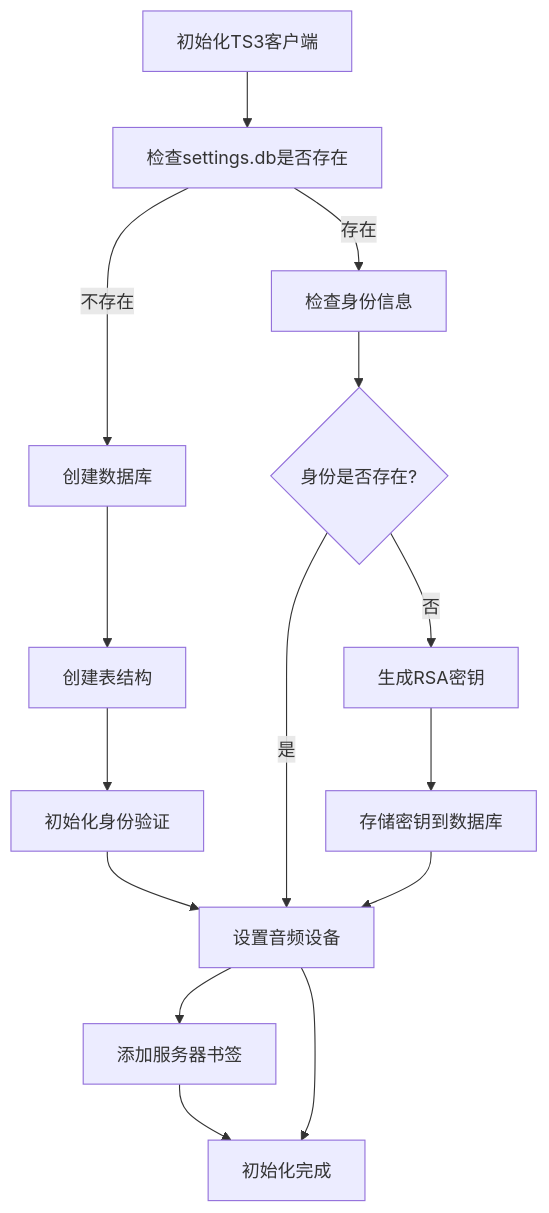
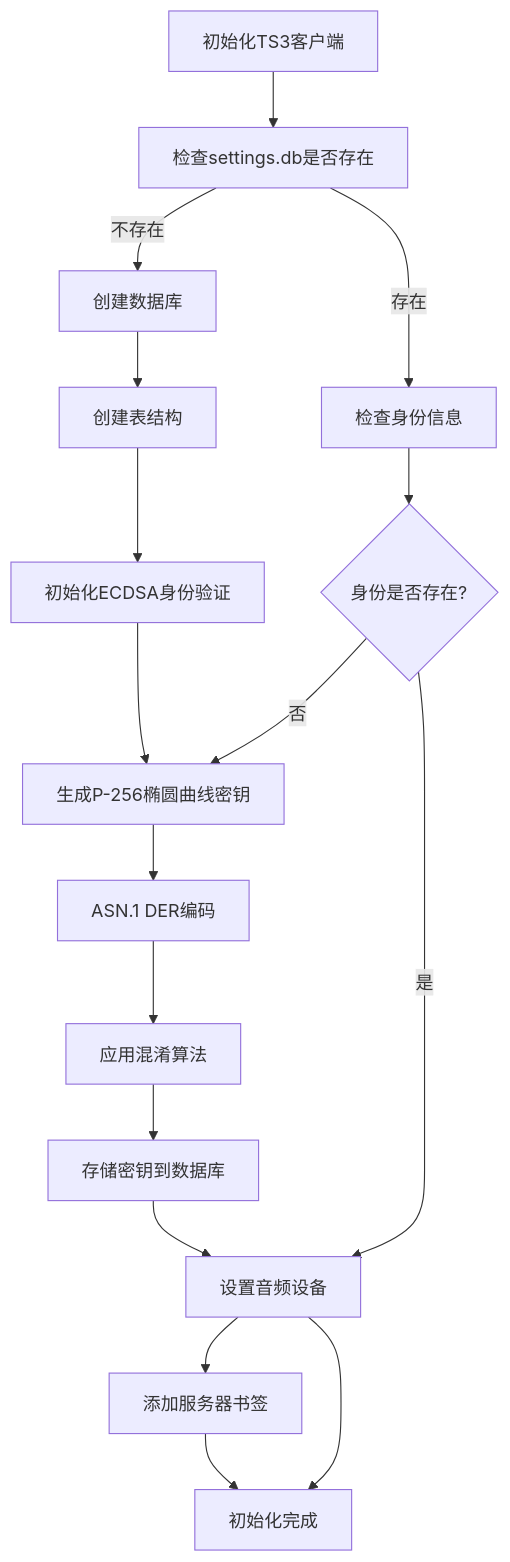
The tenth of 11 diagrams in .qoder/repowiki/zh/content/音乐播放系统/音乐播放系统.md (GhoulOwl/Teamspeak3_Bot), drawn with Mermaid before and after one commit. The commit also changed other lines of this file and 7 other files, not shown here.

````diff
--- a/.qoder/repowiki/zh/content/音乐播放系统/音乐播放系统.md
+++ b/.qoder/repowiki/zh/content/音乐播放系统/音乐播放系统.md
@@ -521,17 +534,19 @@
 ```mermaid
 flowchart TD
 InitStart["初始化TS3客户端"] --> CheckDB["检查settings.db是否存在"]
 CheckDB --> |存在| CheckIdentity["检查身份信息"]
 CheckDB --> |不存在| CreateDB["创建数据库"]
 CreateDB --> CreateTables["创建表结构"]
-CreateTables --> InitIdentity["初始化身份验证"]
-InitIdentity --> SetAudioCfg["设置音频设备"]
+CreateTables --> InitIdentity["初始化ECDSA身份验证"]
+InitIdentity --> GenECDSA["生成P-256椭圆曲线密钥"]
+GenECDSA --> DEREncode["ASN.1 DER编码"]
+DEREncode --> Obfuscate["应用混淆算法"]
+Obfuscate --> StoreKey["存储密钥到数据库"]
+StoreKey --> SetAudioCfg["设置音频设备"]
 SetAudioCfg --> AddBookmark["添加服务器书签"]
 AddBookmark --> Complete["初始化完成"]
 CheckIdentity --> IdentityExists{"身份是否存在?"}
 IdentityExists --> |是| SetAudioCfg
-IdentityExists --> |否| GenKey["生成RSA密钥"]
-GenKey --> StoreKey["存储密钥到数据库"]
-StoreKey --> SetAudioCfg
+IdentityExists --> |否| GenECDSA
 SetAudioCfg --> Complete
 ```
````
